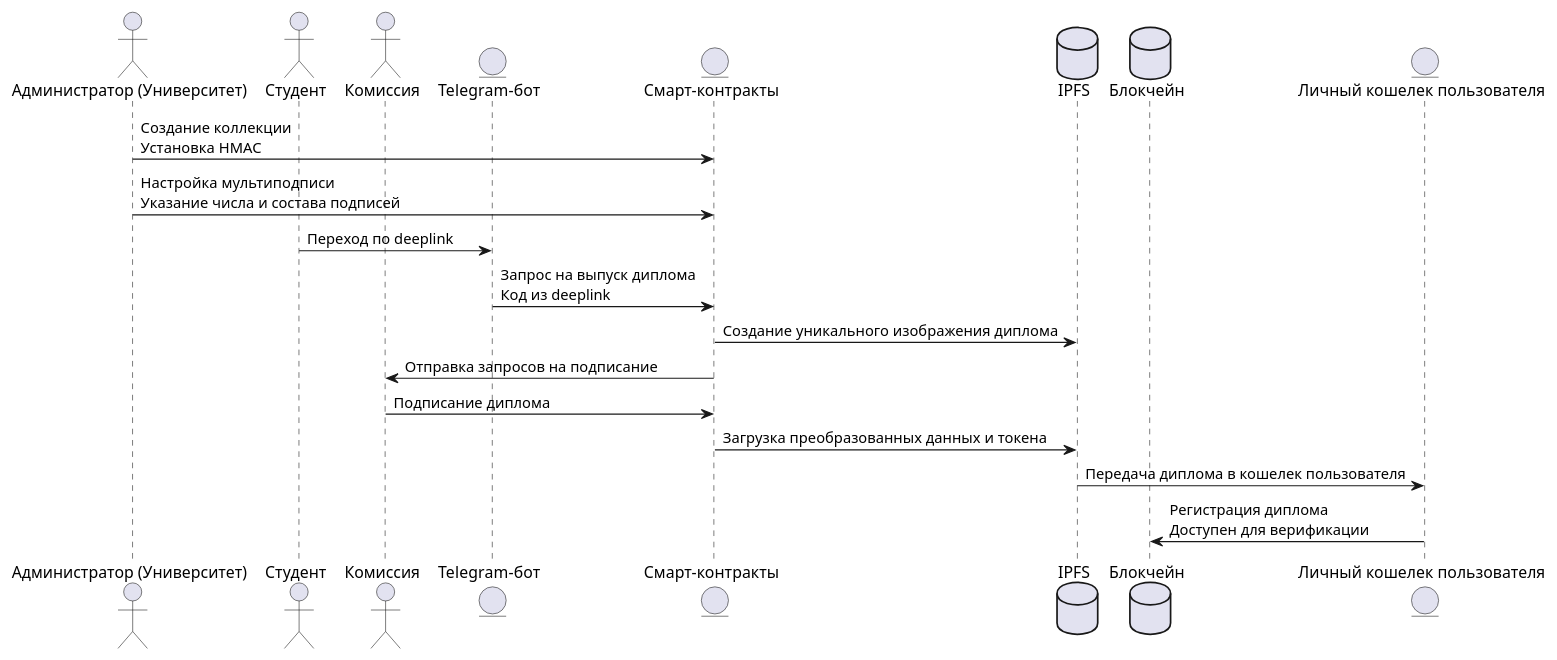
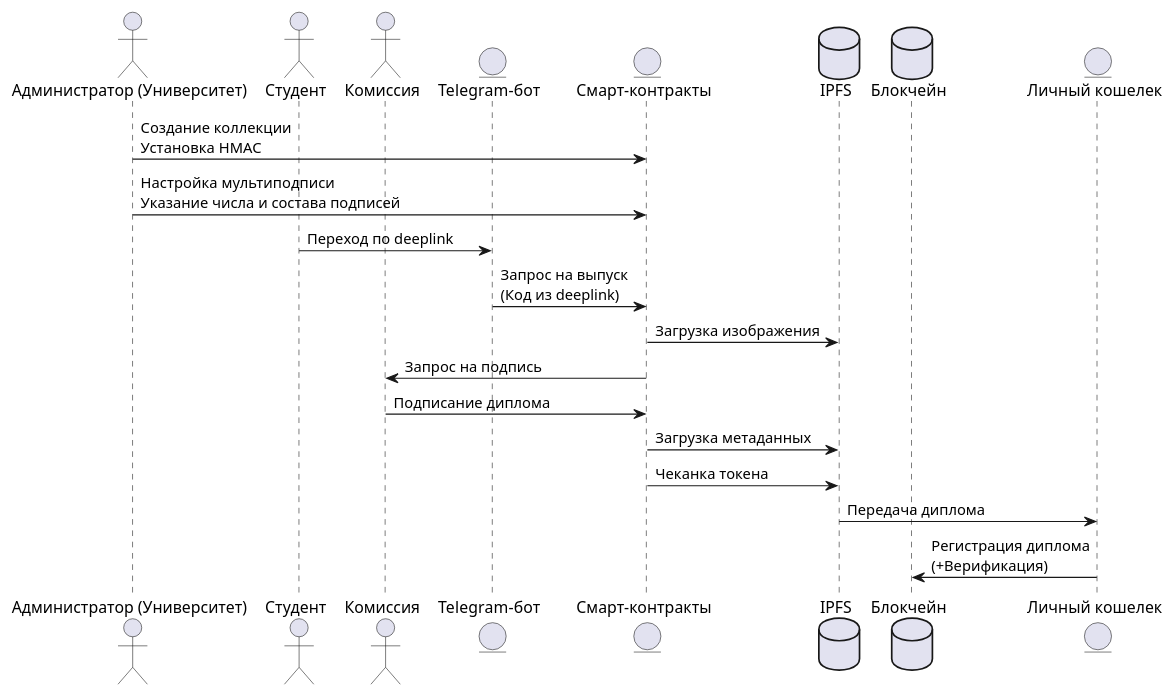
One commit to mxpanf/mirea-final-qualifying-work changed the diagram in src/images/diagrams/diploma_issue.pu. Above: the diagram before and after it, drawn with PlantUML. The commit also changed 13 other files, not shown here.

```diff
--- a/src/images/diagrams/diploma_issue.pu
+++ b/src/images/diagrams/diploma_issue.pu
@@ -1,23 +1,24 @@
 @startuml diploma_issue
 
 actor "Администратор (Университет)" as Admin
 actor "Студент" as Student
 actor "Комиссия" as Committee
 entity "Telegram-бот" as Bot
 entity "Смарт-контракты" as Contracts
 database "IPFS" as IPFS
 database "Блокчейн" as Blockchain
-entity "Личный кошелек пользователя" as Wallet
+entity "Личный кошелек" as Wallet
 
 Admin -> Contracts: Создание коллекции\nУстановка HMAC
 Admin -> Contracts: Настройка мультиподписи\nУказание числа и состава подписей
 Student -> Bot: Переход по deeplink
-Bot -> Contracts: Запрос на выпуск диплома\nКод из deeplink
-Contracts -> IPFS: Создание уникального изображения диплома
-Contracts -> Committee: Отправка запросов на подписание
+Bot -> Contracts: Запрос на выпуск\n(Код из deeplink)
+Contracts -> IPFS: Загрузка изображения
+Contracts -> Committee: Запрос на подпись
 Committee -> Contracts: Подписание диплома
-Contracts -> IPFS: Загрузка преобразованных данных и токена
-IPFS -> Wallet: Передача диплома в кошелек пользователя
-Wallet -> Blockchain: Регистрация диплома\nДоступен для верификации
+Contracts -> IPFS: Загрузка метаданных
+Contracts -> IPFS: Чеканка токена
+IPFS -> Wallet: Передача диплома
+Wallet -> Blockchain: Регистрация диплома\n(+Верификация)
 
 @enduml
```
